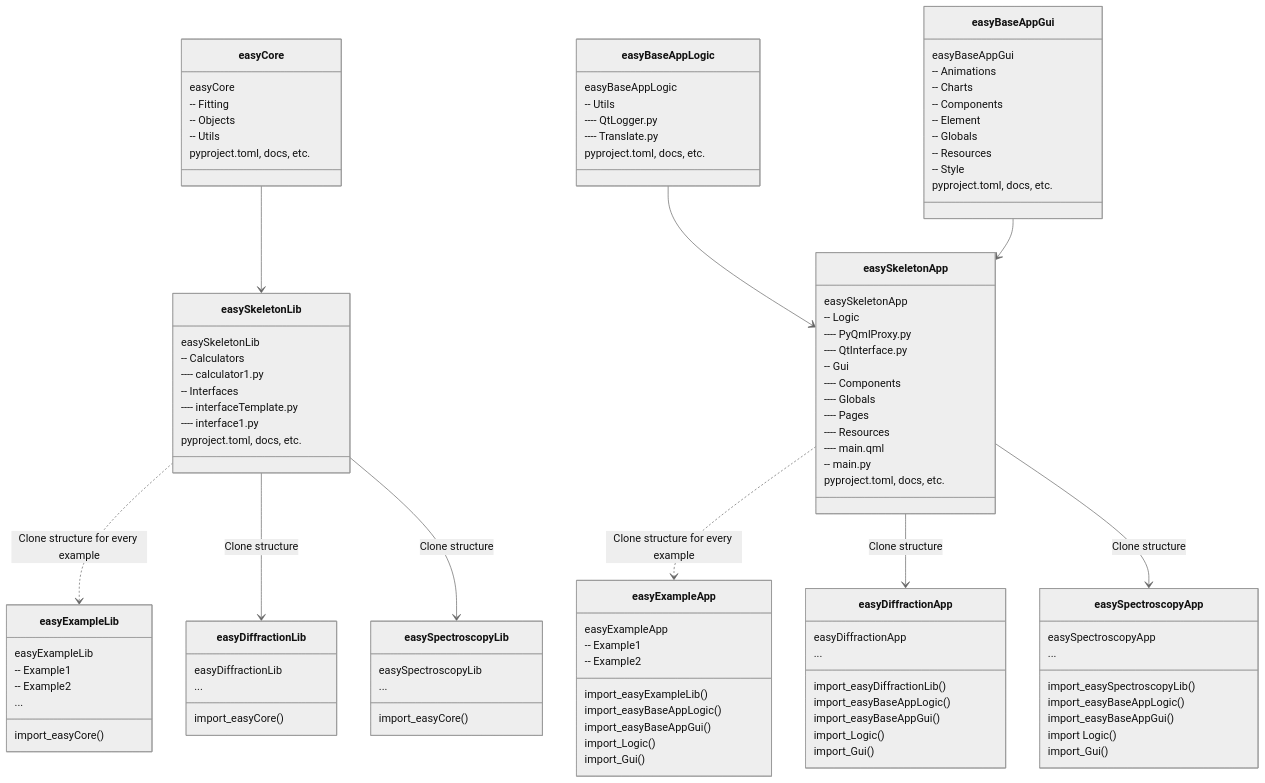
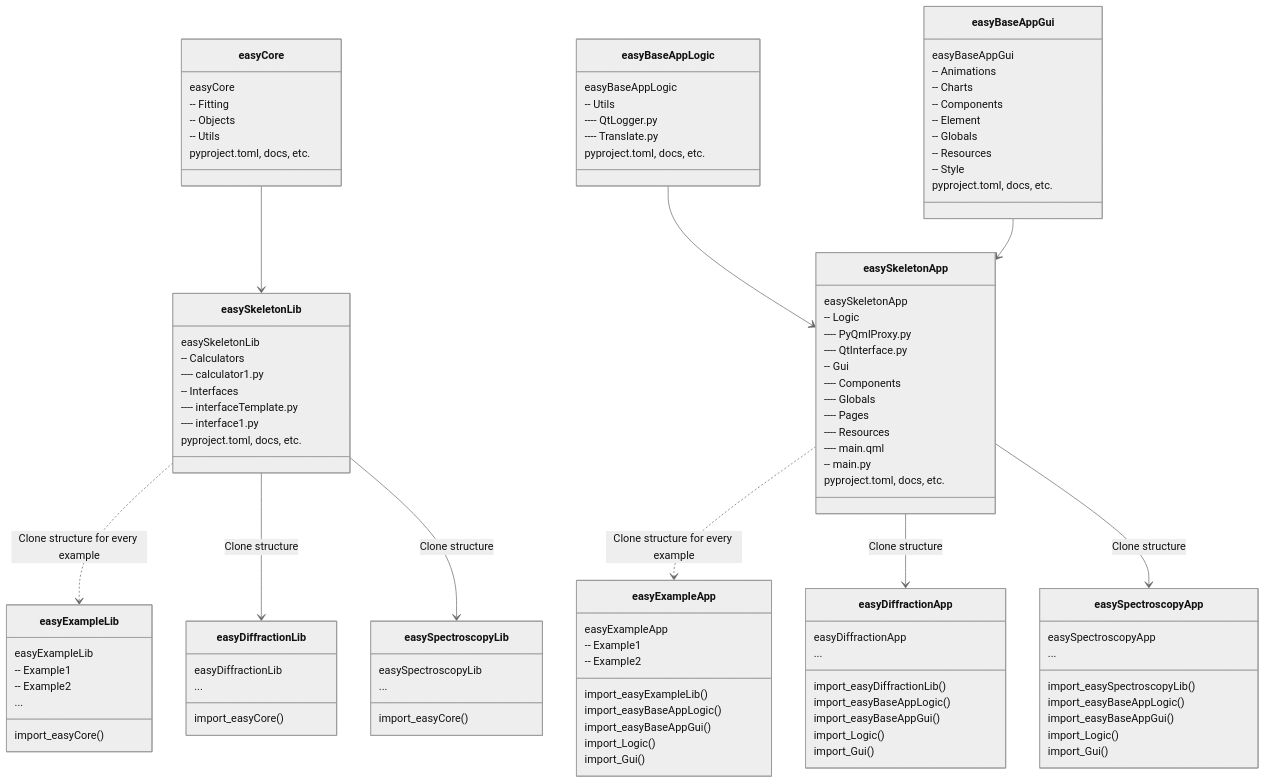
Before and after one commit to easyScience/easyScience: the fifth of 6 diagrams in easyScience.md, drawn with Mermaid (neutral theme). The commit also changed other lines of this file, not shown here.

````diff
--- a/easyScience.md
+++ b/easyScience.md
@@ -206,13 +206,13 @@
 import_Gui()
 }
 
-	class easySpectroscopyApp {
-		easySpectroscopyApp
-		...
-		import_easySpectroscopyLib()
-		import_easyBaseAppLogic()
-		import_easyBaseAppGui()
-		import Logic()
-		import_Gui()
-	}
+class easySpectroscopyApp {
+easySpectroscopyApp
+...
+import_easySpectroscopyLib()
+import_easyBaseAppLogic()
+import_easyBaseAppGui()
+import_Logic()
+import_Gui()
+}
 ```
````
